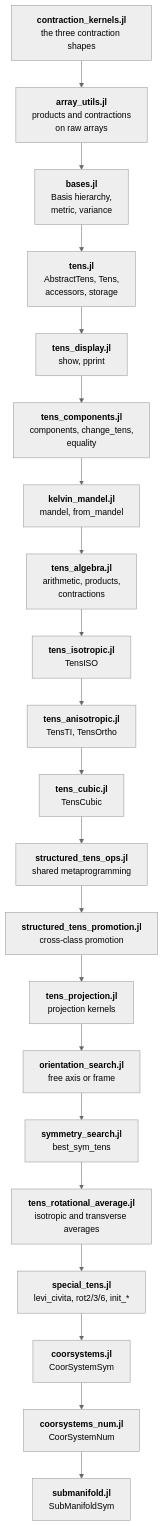
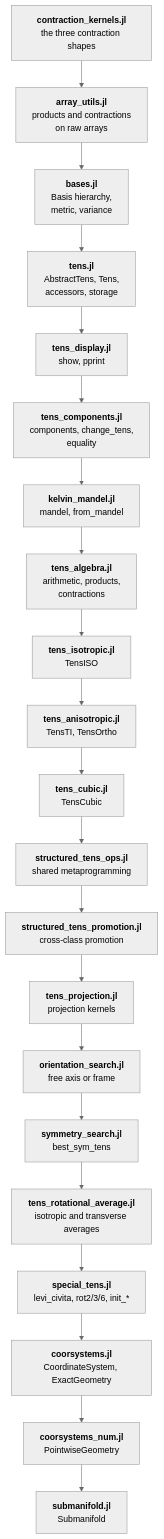
The diagram in docs/src/developer/architecture.md (MicroPoroChemoMechanics/TensND.jl), drawn with Mermaid (neutral theme) before and after one commit. The commit also changed other lines of this file and 33 other files, not shown here.

````diff
--- a/docs/src/developer/architecture.md
+++ b/docs/src/developer/architecture.md
@@ -8,26 +8,26 @@
 ```mermaid
 %%{init: {"flowchart": {"useMaxWidth": false}}}%%
 flowchart TB
     CK["<b>contraction_kernels.jl</b><br/>the three contraction shapes"]
     AU["<b>array_utils.jl</b><br/>products and contractions<br/>on raw arrays"]
     BA["<b>bases.jl</b><br/>Basis hierarchy,<br/>metric, variance"]
     TE["<b>tens.jl</b><br/>AbstractTens, Tens,<br/>accessors, storage"]
     TD["<b>tens_display.jl</b><br/>show, pprint"]
     TC["<b>tens_components.jl</b><br/>components, change_tens,<br/>equality"]
     KMF["<b>kelvin_mandel.jl</b><br/>mandel, from_mandel"]
     TA["<b>tens_algebra.jl</b><br/>arithmetic, products,<br/>contractions"]
     ISO["<b>tens_isotropic.jl</b><br/>TensISO"]
     ANI["<b>tens_anisotropic.jl</b><br/>TensTI, TensOrtho"]
     CUB["<b>tens_cubic.jl</b><br/>TensCubic"]
     OPS["<b>structured_tens_ops.jl</b><br/>shared metaprogramming"]
     PRO["<b>structured_tens_promotion.jl</b><br/>cross-class promotion"]
     PRJ["<b>tens_projection.jl</b><br/>projection kernels"]
     ORI["<b>orientation_search.jl</b><br/>free axis or frame"]
     SYM["<b>symmetry_search.jl</b><br/>best_sym_tens"]
     RA["<b>tens_rotational_average.jl</b><br/>isotropic and transverse averages"]
     SPE["<b>special_tens.jl</b><br/>levi_civita, rot2/3/6, init_*"]
-    CSS["<b>coorsystems.jl</b><br/>CoorSystemSym"]
-    CSN["<b>coorsystems_num.jl</b><br/>CoorSystemNum"]
-    SUB["<b>submanifold.jl</b><br/>SubManifoldSym"]
+    CSS["<b>coorsystems.jl</b><br/>CoordinateSystem, ExactGeometry"]
+    CSN["<b>coorsystems_num.jl</b><br/>PointwiseGeometry"]
+    SUB["<b>submanifold.jl</b><br/>Submanifold"]
     CK --> AU --> BA --> TE --> TD --> TC --> KMF --> TA --> ISO --> ANI --> CUB --> OPS --> PRO --> PRJ --> ORI --> SYM --> RA --> SPE --> CSS --> CSN --> SUB
 ```
````
